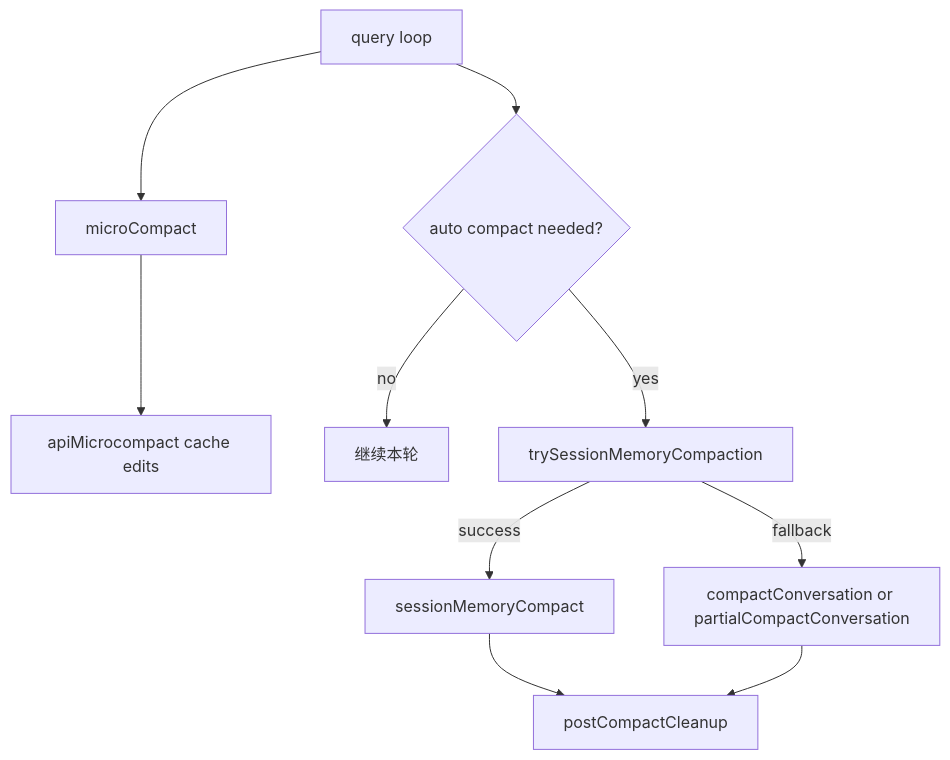
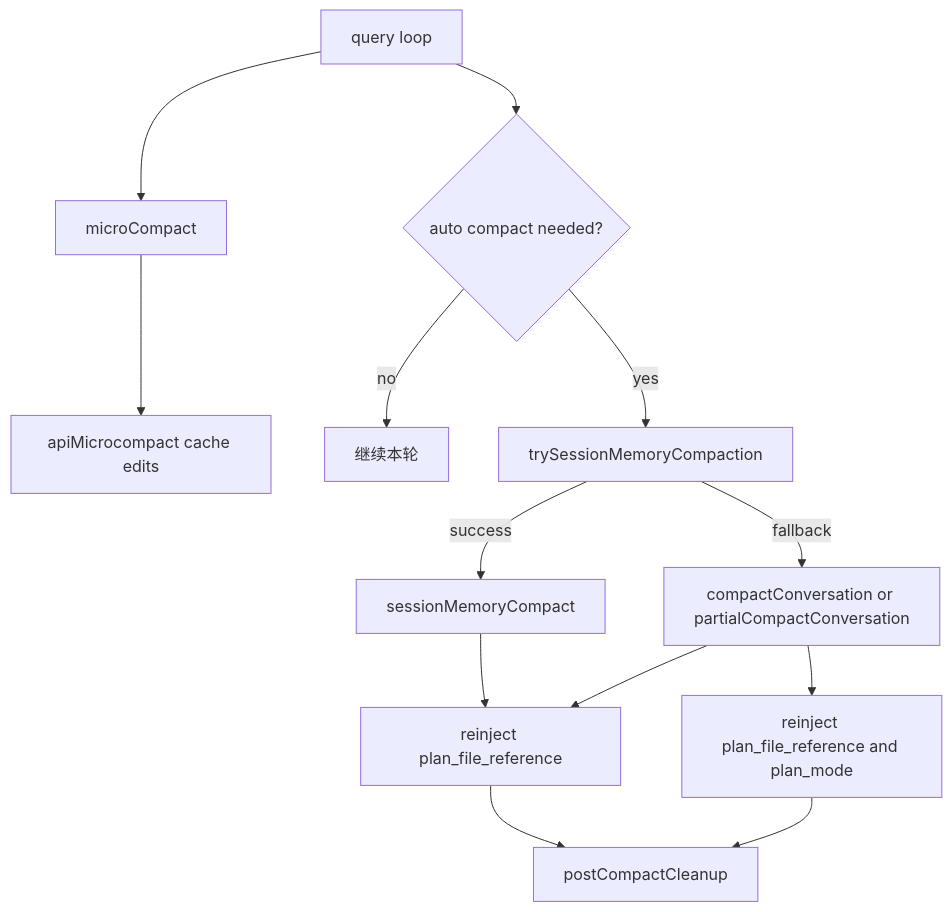
The first of 2 diagrams in MODULES/02-planning-compaction-and-assistant/DEEP/README.md (Boulea7/ClaudeCode-Source-DeepDive), drawn with Mermaid before and after one commit. The commit also changed other lines of this file and 5 other files, not shown here.

````diff
--- a/MODULES/02-planning-compaction-and-assistant/DEEP/README.md
+++ b/MODULES/02-planning-compaction-and-assistant/DEEP/README.md
@@ -259,12 +265,15 @@
 ```mermaid
 flowchart TD
     A[query loop] --> B[microCompact]
     B --> C[apiMicrocompact cache edits]
     A --> D{auto compact needed?}
     D -- no --> E[继续本轮]
     D -- yes --> F[trySessionMemoryCompaction]
     F -- success --> G[sessionMemoryCompact]
     F -- fallback --> H[compactConversation or partialCompactConversation]
-    G --> I[postCompactCleanup]
+    G --> I[reinject plan_file_reference]
     H --> I
+    H --> J[reinject plan_file_reference and plan_mode]
+    I --> K[postCompactCleanup]
+    J --> K
 ```
````
